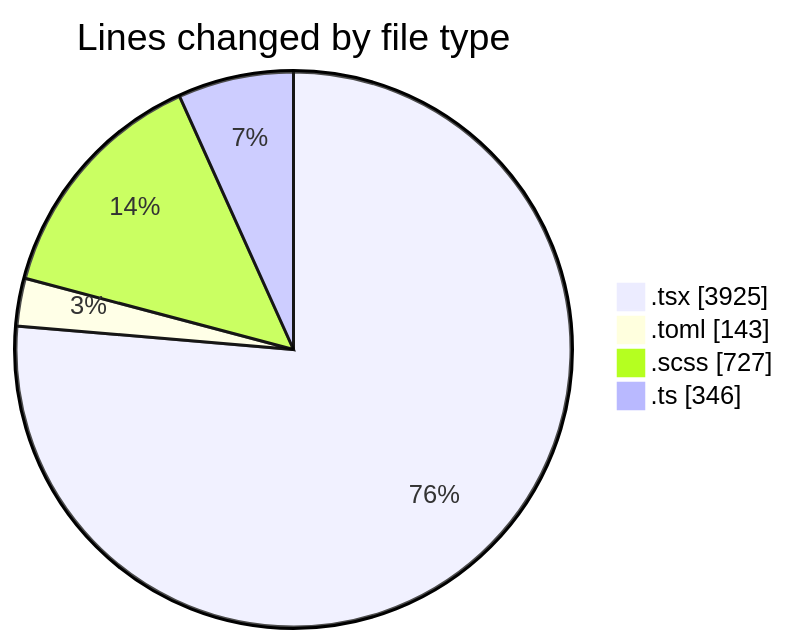
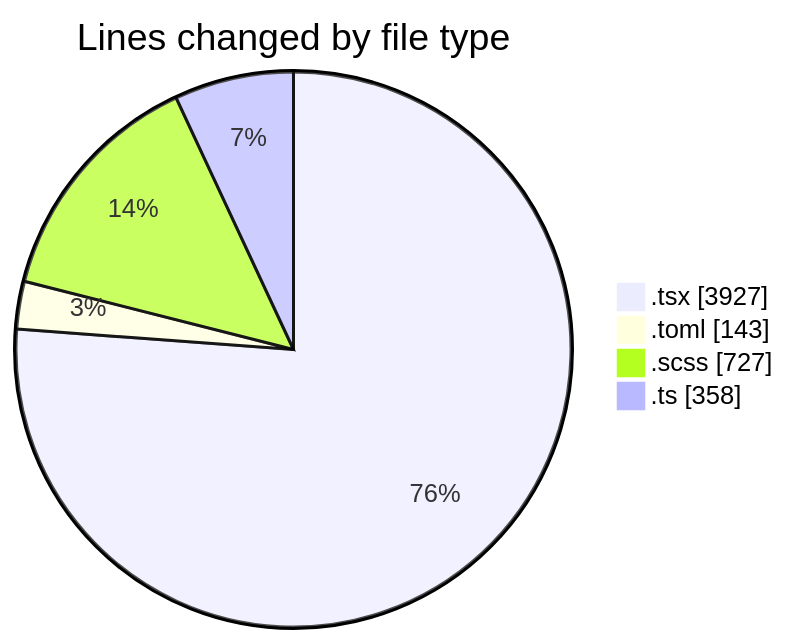
One commit to momahboobian/code-tracking changed the first of 2 diagrams in 2026-11-02/cda/README.md. Above: the diagram before and after it, drawn with Mermaid. The commit also changed other lines of this file and 1 other file, not shown here.

````diff
--- a/2026-11-02/cda/README.md
+++ b/2026-11-02/cda/README.md
@@ -55,8 +55,8 @@
 ```mermaid
 pie showData
 title Lines changed by file type
-".tsx" : 3925
+".tsx" : 3927
 ".toml" : 143
 ".scss" : 727
-".ts" : 346
+".ts" : 358
 ```
````
